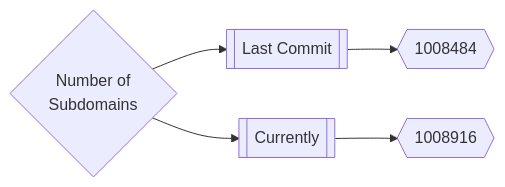
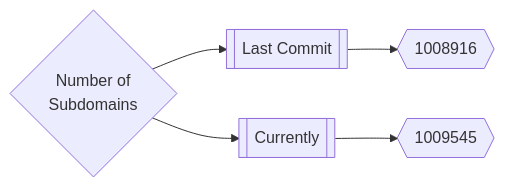
The first of 3 diagrams in README.md (Excloudx6/inventory), drawn with Mermaid before and after one commit. The commit also changed other lines of this file, not shown here.

Commit message:
Update README.md Sat Aug 13 22:12:26 UTC 2022

````diff
--- a/README.md
+++ b/README.md
@@ -167,5 +167,5 @@
 ```mermaid
 graph LR
-title{Number of<br>Subdomains} --> subdomainsDate1[[Last Commit]] --> subdomainsNum1{{1008484}}
-title --> subdomainsDate2[[Currently]] --> subdomainsNum2{{1008916}}
+title{Number of<br>Subdomains} --> subdomainsDate1[[Last Commit]] --> subdomainsNum1{{1008916}}
+title --> subdomainsDate2[[Currently]] --> subdomainsNum2{{1009545}}
 ```
````
